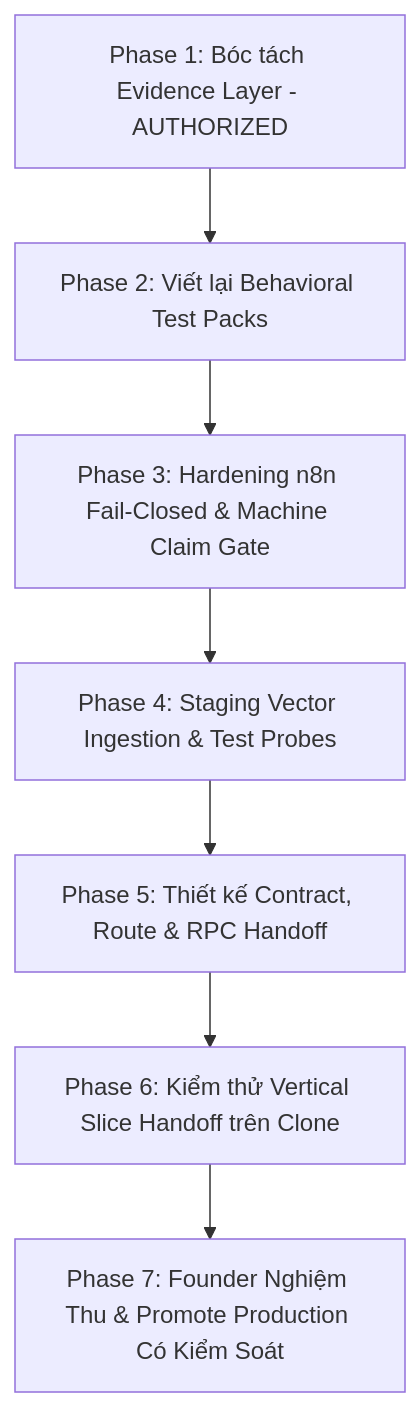
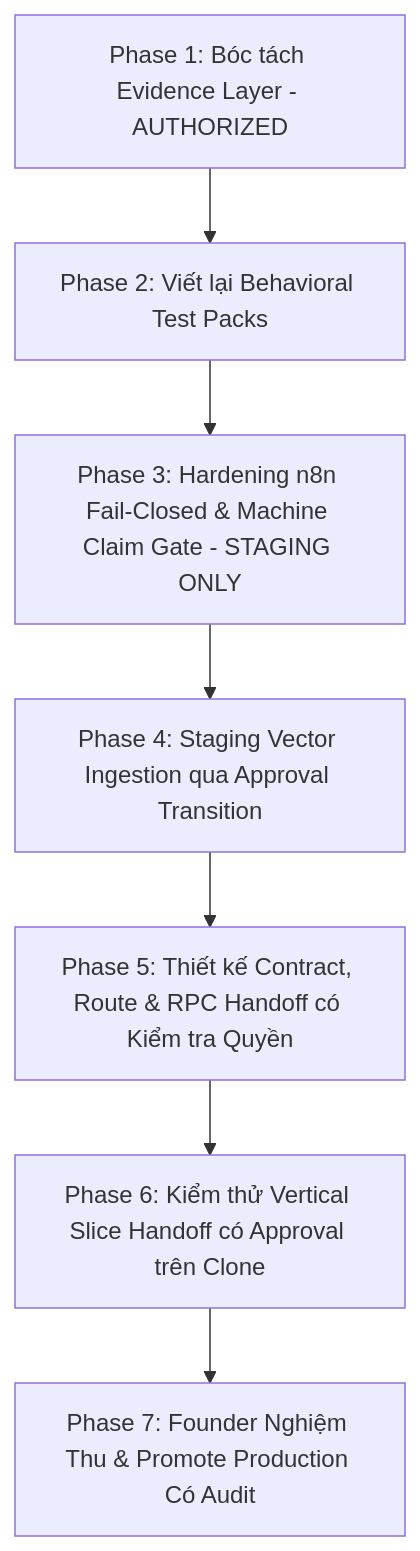
Before and after one commit to pnmediaplus-stack/agent.pnmediaplus.com: the diagram in implementation_plan.md, drawn with Mermaid. The commit also changed other lines of this file, not shown here.

````diff
--- a/implementation_plan.md
+++ b/implementation_plan.md
@@ -50,9 +54,9 @@
 ```mermaid
 flowchart TD
     P1[Phase 1: Bóc tách Evidence Layer - AUTHORIZED] --> P2[Phase 2: Viết lại Behavioral Test Packs]
-    P2 --> P3[Phase 3: Hardening n8n Fail-Closed & Machine Claim Gate]
-    P3 --> P4[Phase 4: Staging Vector Ingestion & Test Probes]
-    P4 --> P5[Phase 5: Thiết kế Contract, Route & RPC Handoff]
-    P5 --> P6[Phase 6: Kiểm thử Vertical Slice Handoff trên Clone]
-    P6 --> P7[Phase 7: Founder Nghiệm Thu & Promote Production Có Kiểm Soát]
+    P2 --> P3[Phase 3: Hardening n8n Fail-Closed & Machine Claim Gate - STAGING ONLY]
+    P3 --> P4[Phase 4: Staging Vector Ingestion qua Approval Transition]
+    P4 --> P5[Phase 5: Thiết kế Contract, Route & RPC Handoff có Kiểm tra Quyền]
+    P5 --> P6[Phase 6: Kiểm thử Vertical Slice Handoff có Approval trên Clone]
+    P6 --> P7[Phase 7: Founder Nghiệm Thu & Promote Production Có Audit]
 ```
````
